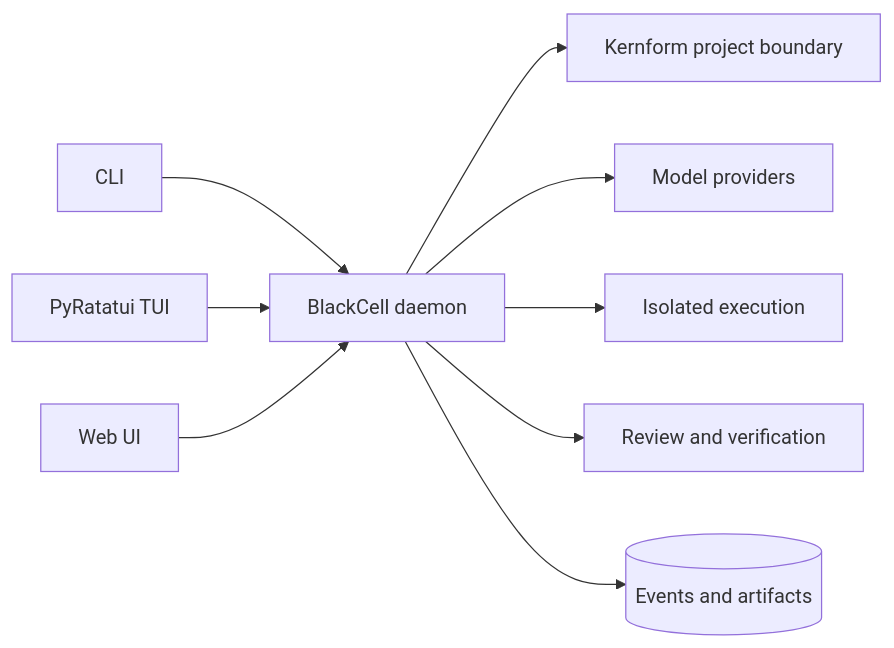
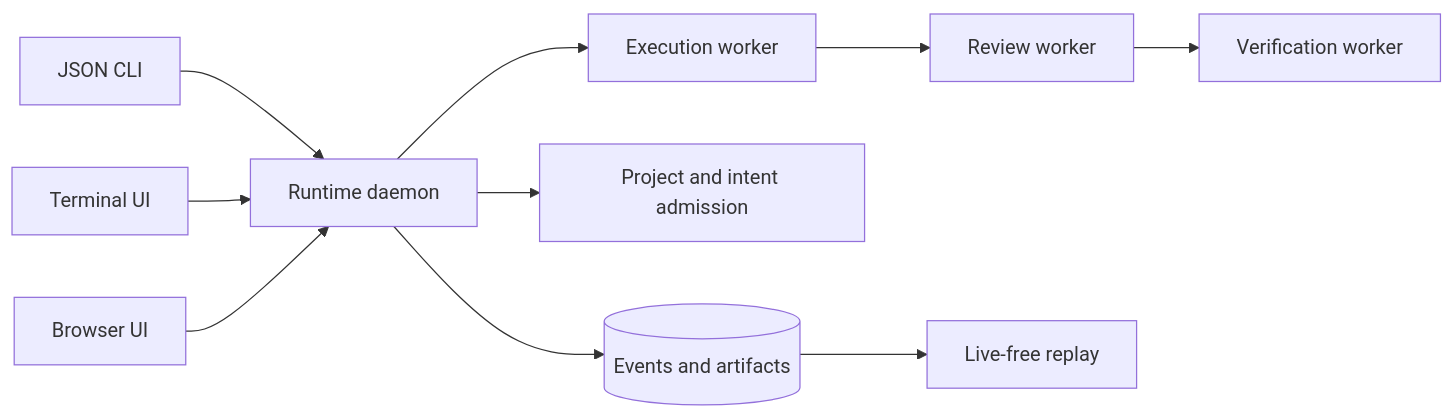
The diagram in README.md (kmosoti/blackcell), drawn with Mermaid before and after one commit. The commit also changed other lines of this file and 547 other files, not shown here.

````diff
--- a/README.md
+++ b/README.md
@@ -48,11 +29,12 @@
 ```mermaid
 flowchart LR
-    C[CLI] --> D[BlackCell daemon]
-    T[PyRatatui TUI] --> D
-    W[Web UI] --> D
-    D --> K[Kernform project boundary]
-    D --> P[Model providers]
-    D --> E[Isolated execution]
-    D --> R[Review and verification]
-    D --> L[(Events and artifacts)]
+    C[JSON CLI] --> D[Runtime daemon]
+    T[Terminal UI] --> D
+    W[Browser UI] --> D
+    D --> K[(Events and artifacts)]
+    D --> P[Project and intent admission]
+    D --> E[Execution worker]
+    E --> R[Review worker]
+    R --> V[Verification worker]
+    K --> X[Live-free replay]
 ```
````
